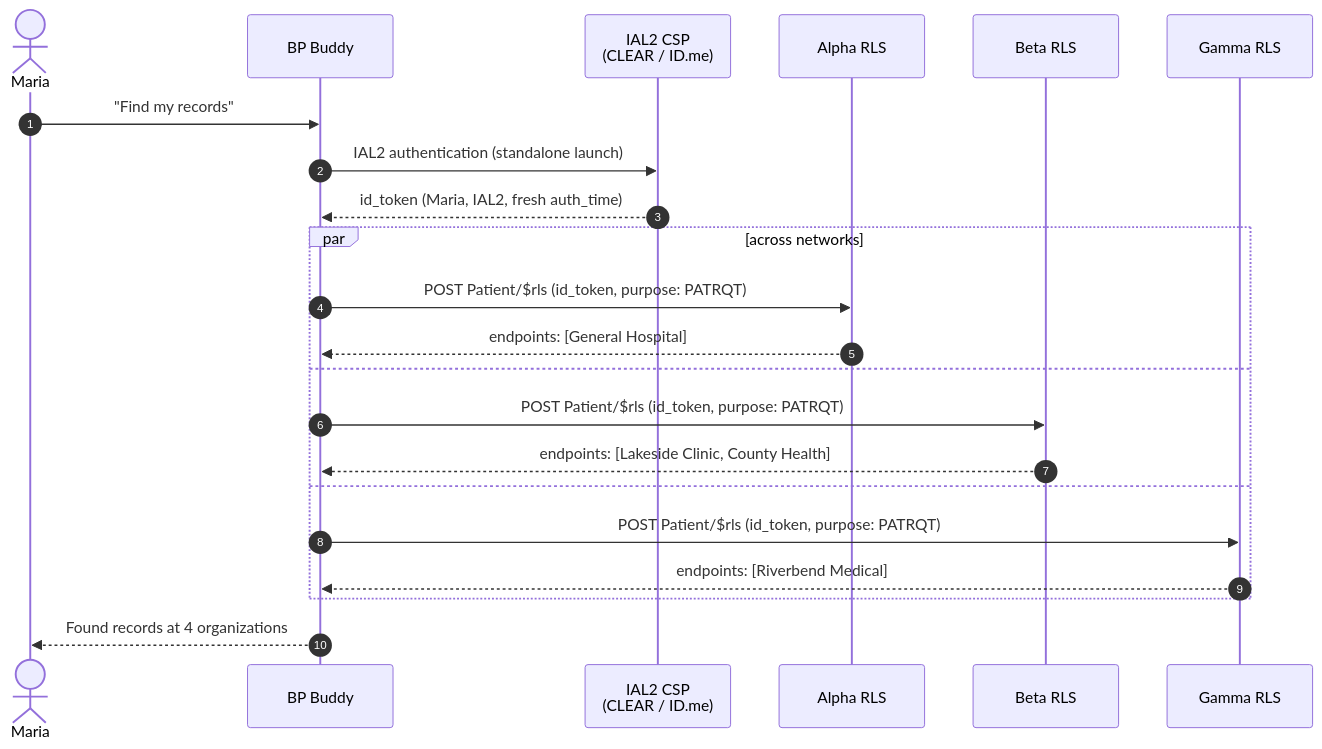
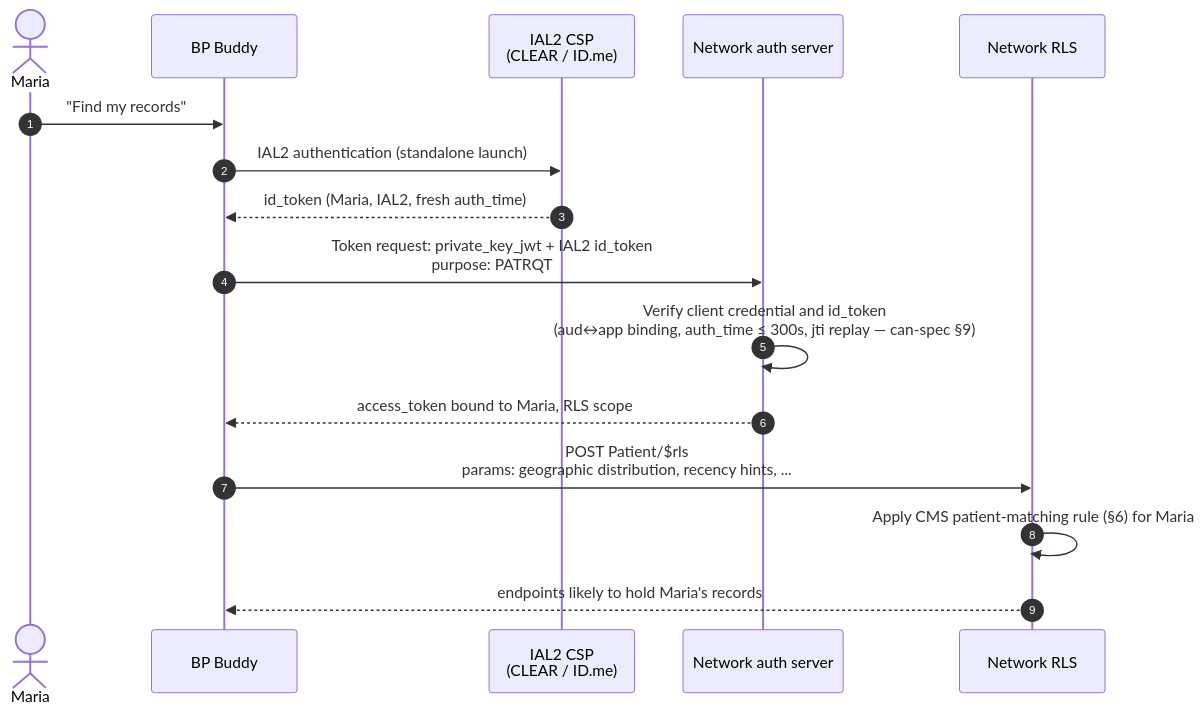
Before and after one commit to jmandel/cms-ns: the sixth of 10 diagrams in app-connectivity-flows.md, drawn with Mermaid. The commit also changed other lines of this file, not shown here.

Commit message:
Phase 3: IAL2-bound access token before $rls, per CMS HTE requirements
Token request carries IAL2 id_token (§9 checks: aud binding, auth_time,
jti replay); the resulting access token is bound to the verified patient,
so $rls can only locate that patient's records. Notes the rejected
alternative (RLS payload in the token response) and why the operation
wins: parameters (geo distribution, recency hints) and re-query under
the same token. Identity rule added to Conventions. 10/10 diagrams
re-validated with mermaid-cli.

````diff
--- a/app-connectivity-flows.md
+++ b/app-connectivity-flows.md
@@ -156,25 +159,19 @@
 ```mermaid
 sequenceDiagram
     autonumber
     actor Maria
     participant App as BP Buddy
     participant CSP as IAL2 CSP<br/>(CLEAR / ID.me)
-    participant A as Alpha RLS
-    participant B as Beta RLS
-    participant G as Gamma RLS
+    participant NAS as Network auth server
+    participant RLS as Network RLS
 
     Maria->>App: "Find my records"
     App->>CSP: IAL2 authentication (standalone launch)
     CSP-->>App: id_token (Maria, IAL2, fresh auth_time)
-    par across networks
-        App->>A: POST Patient/$rls (id_token, purpose: PATRQT)
-        A-->>App: endpoints: [General Hospital]
-    and
-        App->>B: POST Patient/$rls (id_token, purpose: PATRQT)
-        B-->>App: endpoints: [Lakeside Clinic, County Health]
-    and
-        App->>G: POST Patient/$rls (id_token, purpose: PATRQT)
-        G-->>App: endpoints: [Riverbend Medical]
-    end
-    App-->>Maria: Found records at 4 organizations
+    App->>NAS: Token request: private_key_jwt + IAL2 id_token<br/>purpose: PATRQT
+    NAS->>NAS: Verify client credential and id_token<br/>(aud↔app binding, auth_time ≤ 300s, jti replay — can-spec §9)
+    NAS-->>App: access_token bound to Maria, RLS scope
+    App->>RLS: POST Patient/$rls<br/>params: geographic distribution, recency hints, ...
+    RLS->>RLS: Apply CMS patient-matching rule (§6) for Maria
+    RLS-->>App: endpoints likely to hold Maria's records
 ```
````
